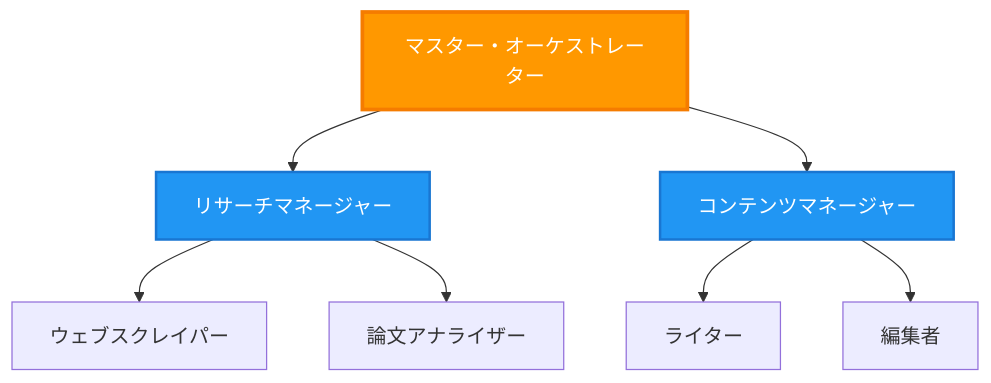
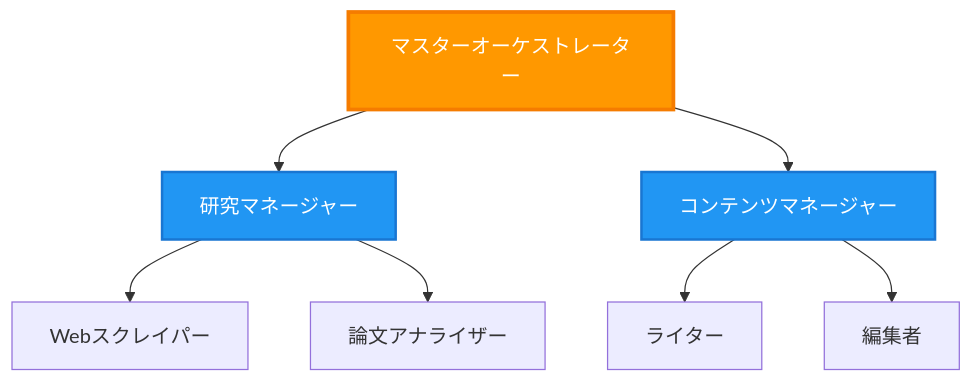
Before and after one commit to microsoft/AZD-for-beginners: the third of 6 diagrams in translations/ja/docs/chapter-06-pre-deployment/coordination-patterns.md, drawn with Mermaid. The commit also changed other lines of this file and 101 other files, not shown here.

````diff
--- a/translations/ja/docs/chapter-06-pre-deployment/coordination-patterns.md
+++ b/translations/ja/docs/chapter-06-pre-deployment/coordination-patterns.md
@@ -150,21 +143,21 @@
 ```mermaid
 graph TB
-    Master[マスター・オーケストレーター]
-    Manager1[リサーチマネージャー]
+    Master[マスターオーケストレーター]
+    Manager1[研究マネージャー]
     Manager2[コンテンツマネージャー]
-    W1[ウェブスクレイパー]
+    W1[Webスクレイパー]
     W2[論文アナライザー]
     W3[ライター]
     W4[編集者]
     
     Master --> Manager1
     Master --> Manager2
     Manager1 --> W1
     Manager1 --> W2
     Manager2 --> W3
     Manager2 --> W4
     
     style Master fill:#FF9800,stroke:#F57C00,stroke-width:3px,color:#fff
     style Manager1 fill:#2196F3,stroke:#1976D2,stroke-width:2px,color:#fff
     style Manager2 fill:#2196F3,stroke:#1976D2,stroke-width:2px,color:#fff
 ```
````
